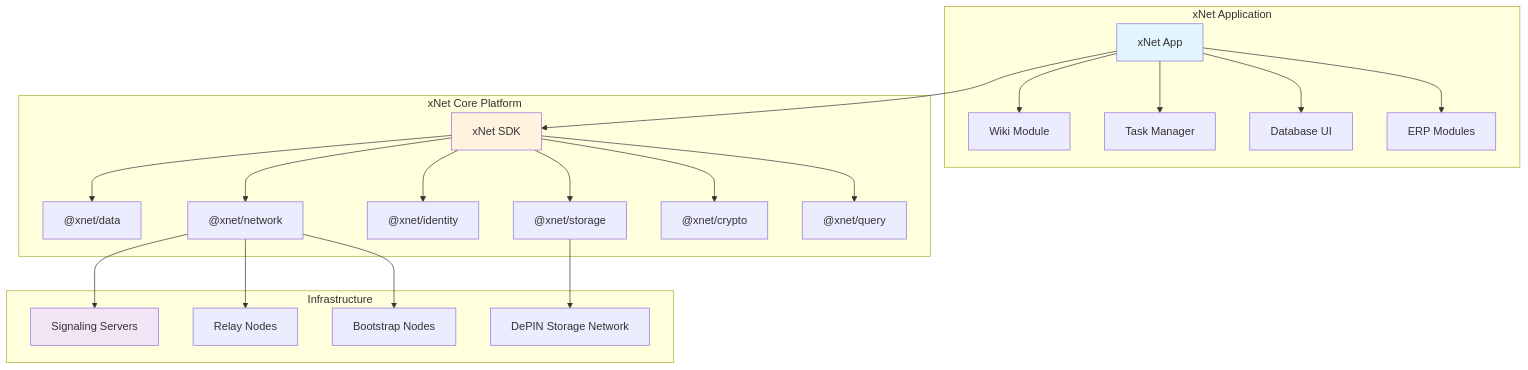
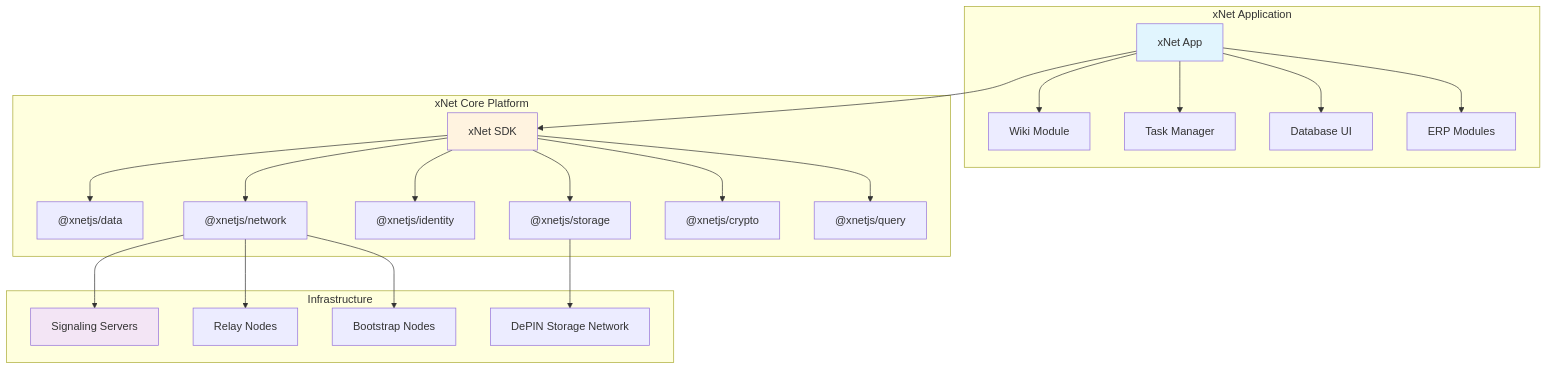
Before and after one commit to crs48/xNet: the first of 4 diagrams in docs/plans/plan00Setup/README.md, drawn with Mermaid. The commit also changed other lines of this file and 980 other files, not shown here.

````diff
--- a/docs/plans/plan00Setup/README.md
+++ b/docs/plans/plan00Setup/README.md
@@ -18,47 +18,47 @@
 ```mermaid
 graph TB
     subgraph "xNet Application"
         APP[xNet App]
         WIKI[Wiki Module]
         TASKS[Task Manager]
         DB[Database UI]
         ERP[ERP Modules]
         APP --> WIKI
         APP --> TASKS
         APP --> DB
         APP --> ERP
     end
 
     subgraph "xNet Core Platform"
         SDK["xNet SDK"]
-        DATA["@xnet/data"]
-        NET["@xnet/network"]
-        ID["@xnet/identity"]
-        STORE["@xnet/storage"]
-        CRYPTO["@xnet/crypto"]
-        QUERY["@xnet/query"]
+        DATA["@xnetjs/data"]
+        NET["@xnetjs/network"]
+        ID["@xnetjs/identity"]
+        STORE["@xnetjs/storage"]
+        CRYPTO["@xnetjs/crypto"]
+        QUERY["@xnetjs/query"]
         SDK --> DATA
         SDK --> NET
         SDK --> ID
         SDK --> STORE
         SDK --> CRYPTO
         SDK --> QUERY
     end
 
     subgraph "Infrastructure"
         SIGNAL[Signaling Servers]
         RELAY[Relay Nodes]
         BOOT[Bootstrap Nodes]
         DEPIN[DePIN Storage Network]
     end
 
     APP --> SDK
     NET --> SIGNAL
     NET --> RELAY
     NET --> BOOT
     STORE --> DEPIN
 
     style APP fill:#e1f5fe
     style SDK fill:#fff3e0
     style SIGNAL fill:#f3e5f5
 ```
````
